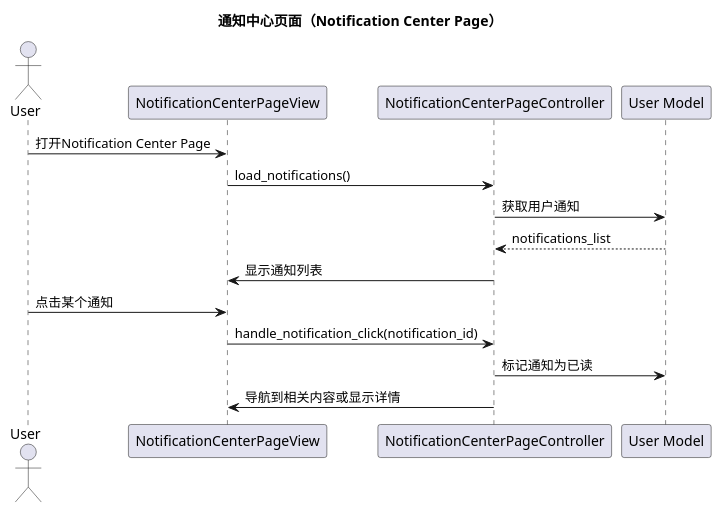
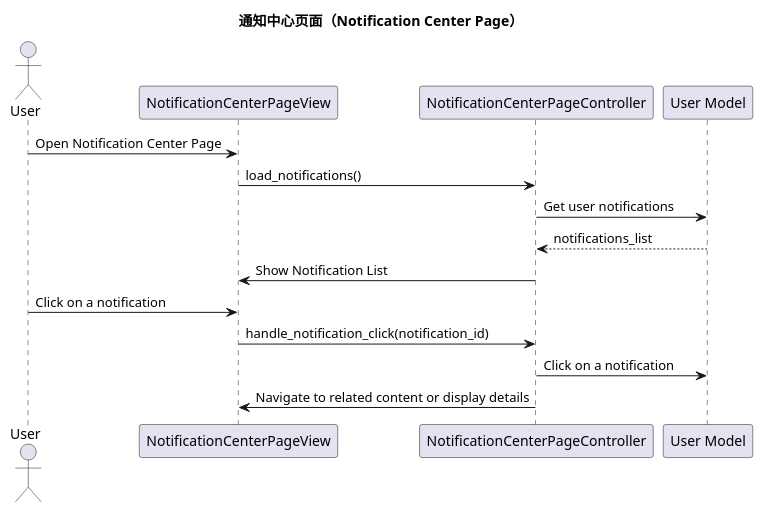
One commit to violeteye1234/group23_COMPS350F changed the tenth of 16 diagrams in planing/class_diagrams.md. Above: the diagram before and after it, drawn with PlantUML. The commit also changed other lines of this file and 45 other files, not shown here.

````diff
--- a/planing/class_diagrams.md
+++ b/planing/class_diagrams.md
@@ -314,20 +314,20 @@
 ```plantuml
 @startuml
 title 通知中心页面（Notification Center Page）
 
 actor User
 participant "NotificationCenterPageView" as View
 participant "NotificationCenterPageController" as Controller
 participant "User Model" as UserModel
 
-User -> View: 打开Notification Center Page
+User -> View: Open Notification Center Page
 View -> Controller: load_notifications()
-Controller -> UserModel: 获取用户通知
+Controller -> UserModel: Get user notifications
 UserModel --> Controller: notifications_list
-Controller -> View: 显示通知列表
-User -> View: 点击某个通知
+Controller -> View: Show Notification List
+User -> View: Click on a notification
 View -> Controller: handle_notification_click(notification_id)
-Controller -> UserModel: 标记通知为已读
-Controller -> View: 导航到相关内容或显示详情
+Controller -> UserModel: Click on a notification
+Controller -> View: Navigate to related content or display details
 @enduml
 ```
````
